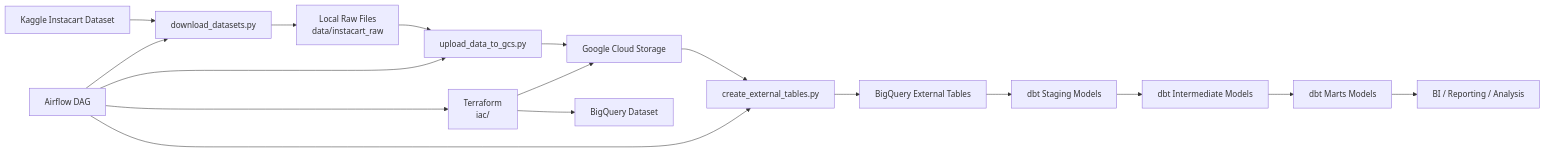
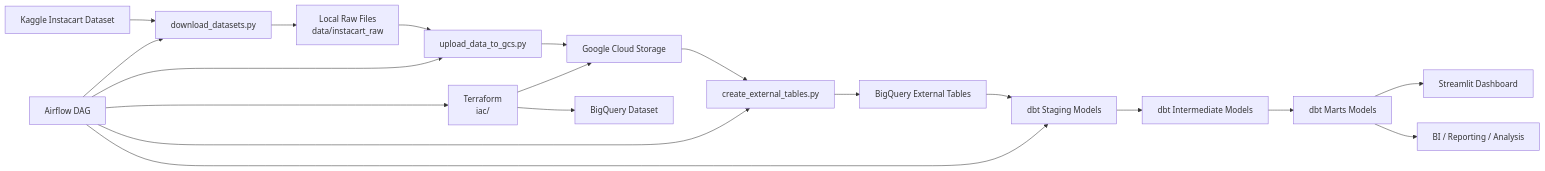
One commit to NotJustAVibeCoder/Instacart-Online-Grocery-Basket-Analysis---Data-Engineering-Project changed the first of 2 diagrams in README.md. Above: the diagram before and after it, drawn with Mermaid. The commit also changed other lines of this file and 17 other files, not shown here.

````diff
--- a/README.md
+++ b/README.md
@@ -55,19 +65,21 @@
 ```mermaid
 flowchart LR
     A["Kaggle Instacart Dataset"] --> B["download_datasets.py"]
     B --> C["Local Raw Files<br/>data/instacart_raw"]
     C --> D["upload_data_to_gcs.py"]
     D --> E["Google Cloud Storage"]
     F["Terraform<br/>iac/"] --> E
     F --> G["BigQuery Dataset"]
     E --> H["create_external_tables.py"]
     H --> I["BigQuery External Tables"]
     I --> J["dbt Staging Models"]
     J --> K["dbt Intermediate Models"]
     K --> L["dbt Marts Models"]
     M["Airflow DAG"] --> B
     M --> F
     M --> D
     M --> H
-    L --> N["BI / Reporting / Analysis"]
+    M --> J
+    L --> N["Streamlit Dashboard"]
+    L --> O["BI / Reporting / Analysis"]
 ```
````
